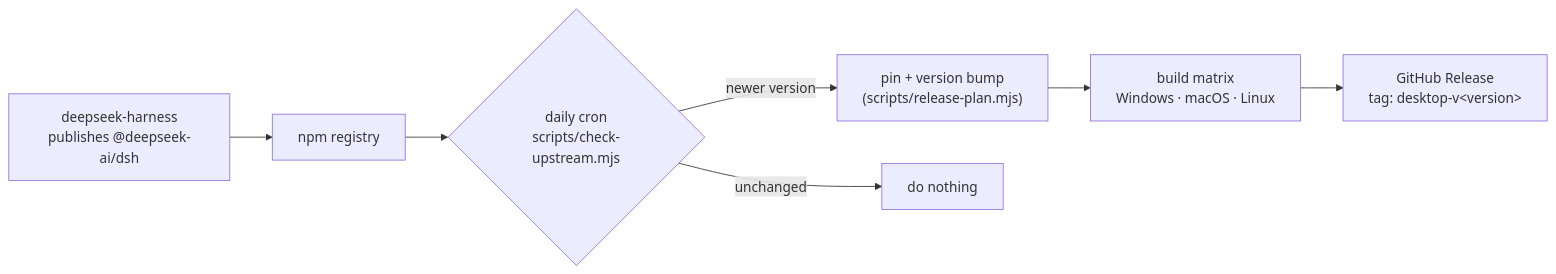
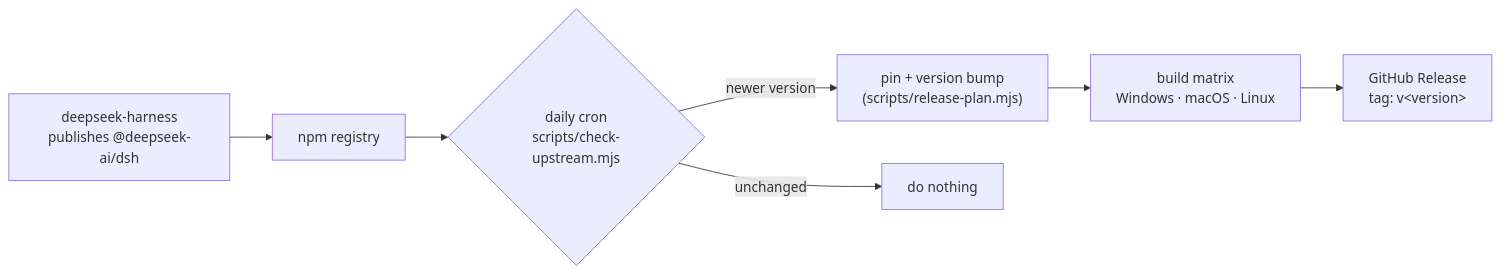
The second of 2 diagrams in README.en.md (a1647517212/deepseek-harness-desktop), drawn with Mermaid before and after one commit. The commit also changed other lines of this file and 18 other files, not shown here.

````diff
--- a/README.en.md
+++ b/README.en.md
@@ -104,9 +104,9 @@
 ```mermaid
 flowchart LR
     U[deepseek-harness<br/>publishes @deepseek-ai/dsh] --> N[npm registry]
     N --> C{"daily cron<br/>scripts/check-upstream.mjs"}
     C -- newer version --> B["pin + version bump<br/>(scripts/release-plan.mjs)"]
     C -- unchanged --> X[do nothing]
     B --> M[build matrix<br/>Windows · macOS · Linux]
-    M --> R[GitHub Release<br/>tag: desktop-v&lt;version&gt;]
+    M --> R[GitHub Release<br/>tag: v&lt;version&gt;]
 ```
````
